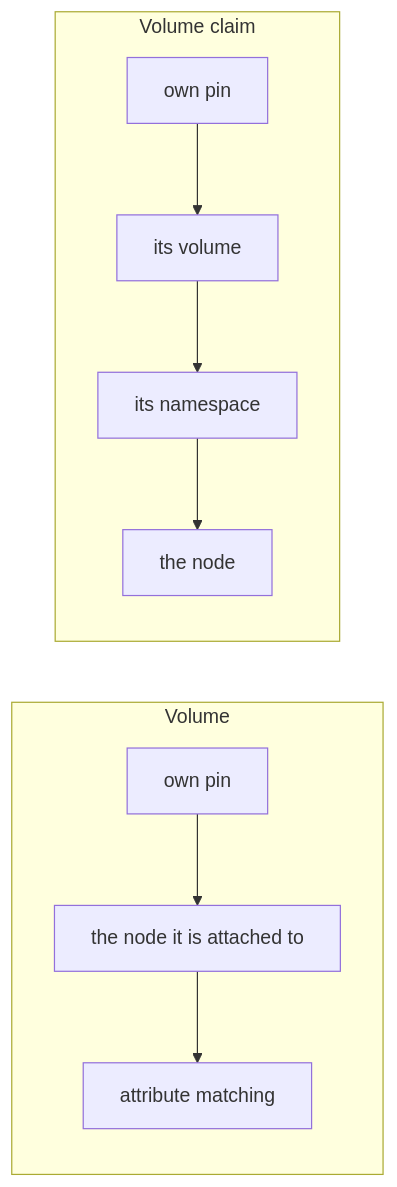
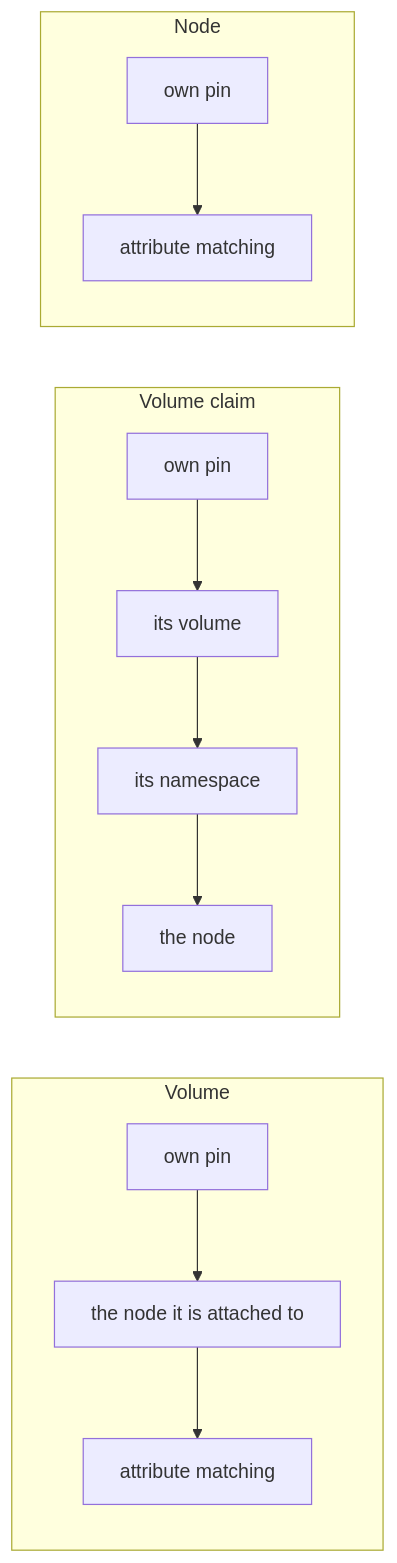
The third of 3 diagrams in costgraph/operator/on-prem-pricing.mdx (baselinehq/mintlify-docs), drawn with Mermaid before and after one commit. The commit also changed other lines of this file, not shown here.

````diff
--- a/costgraph/operator/on-prem-pricing.mdx
+++ b/costgraph/operator/on-prem-pricing.mdx
@@ -137,11 +124,15 @@
 ```mermaid
 flowchart LR
   subgraph V["Volume"]
     direction TB
     v1["own pin"] --> v2["the node it is attached to"] --> v3["attribute matching"]
   end
   subgraph C["Volume claim"]
     direction TB
     c1["own pin"] --> c2["its volume"] --> c3["its namespace"] --> c4["the node"]
   end
+  subgraph NODE["Node"]
+    direction TB
+    n1["own pin"] --> n2["attribute matching"]
+  end
 ```
````
